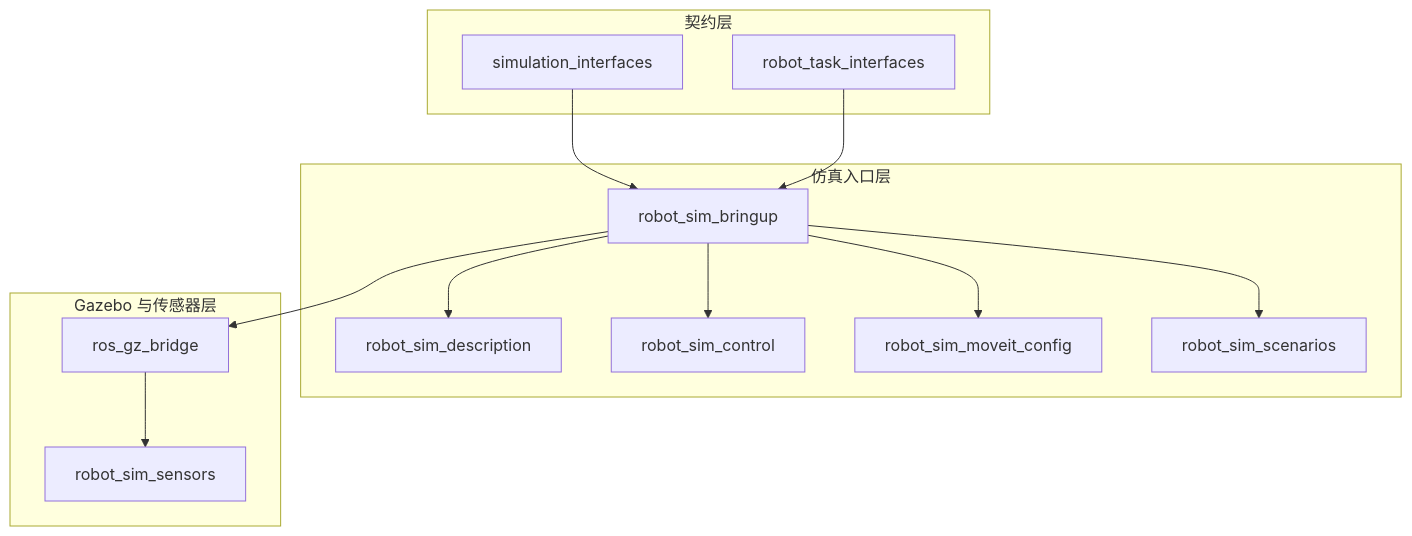
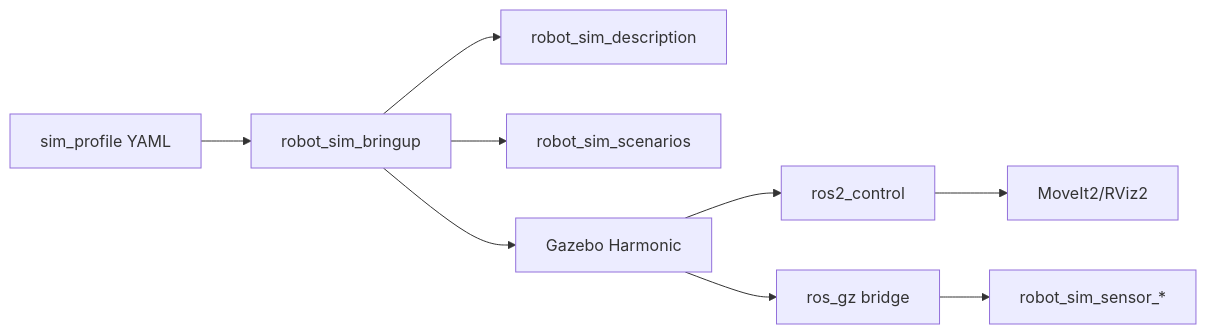
The diagram in docs/architecture/README.md (MzKyle/Robot-Sim), drawn with Mermaid before and after one commit. The commit also changed other lines of this file and 258 other files, not shown here.

````diff
--- a/docs/architecture/README.md
+++ b/docs/architecture/README.md
@@ -9,29 +5,21 @@
 ```mermaid
-flowchart TB
-    subgraph Layer1[仿真入口层]
-        SIM[robot_sim_bringup]
-        DESC[robot_sim_description]
-        CTRL[robot_sim_control]
-        MOVEIT[robot_sim_moveit_config]
-        SCENE[robot_sim_scenarios]
-    end
+flowchart LR
+    Profile[sim_profile YAML]
+    Bringup[robot_sim_bringup]
+    Desc[robot_sim_description]
+    Scenarios[robot_sim_scenarios]
+    Gazebo[Gazebo Harmonic]
+    Control[ros2_control]
+    MoveIt[MoveIt2/RViz2]
+    Bridge[ros_gz bridge]
+    Sensors[robot_sim_sensor_*]
 
-    subgraph Layer2[Gazebo 与传感器层]
-        BRIDGE[ros_gz_bridge]
-        RECV[robot_sim_sensors]
-    end
-
-    subgraph Layer3[契约层]
-        TASK[robot_task_interfaces]
-        SIMIF[simulation_interfaces]
-    end
-
-    SIM --> DESC
-    SIM --> CTRL
-    SIM --> MOVEIT
-    SIM --> SCENE
-    SIM --> BRIDGE
-    BRIDGE --> RECV
-    SIMIF --> SIM
-    TASK --> SIM
+    Profile --> Bringup
+    Bringup --> Desc
+    Bringup --> Scenarios
+    Bringup --> Gazebo
+    Gazebo --> Control
+    Control --> MoveIt
+    Gazebo --> Bridge
+    Bridge --> Sensors
 ```
````
